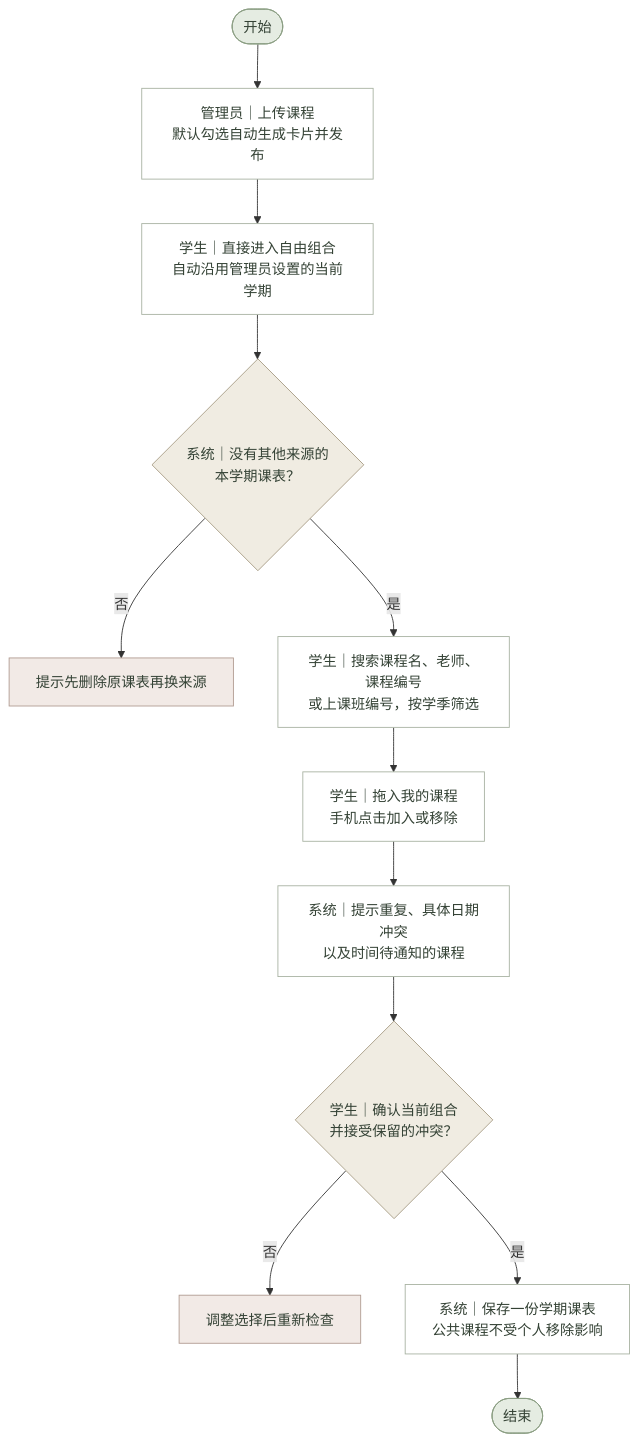
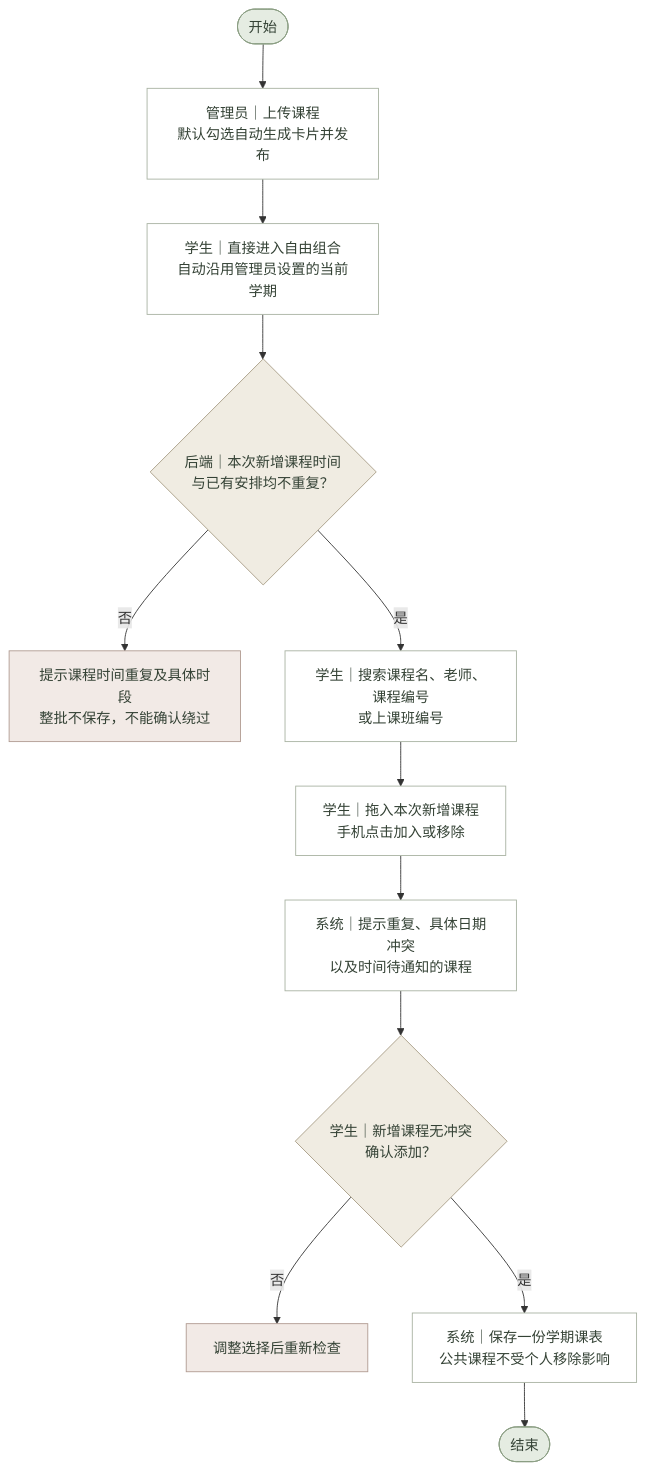
The diagram in 需求文档/课表功能/流程图源文件/业务流程图/课程卡片自由组合.mmd (lichen-lc123/class-assistant), drawn with Mermaid before and after one commit. The commit also changed 101 other files, not shown here.

```diff
--- a/需求文档/课表功能/流程图源文件/业务流程图/课程卡片自由组合.mmd
+++ b/需求文档/课表功能/流程图源文件/业务流程图/课程卡片自由组合.mmd
@@ -1,42 +1,42 @@
 %% 课程卡片自由组合 · 业务流程图 · V1.0 · 2026-11-02
 flowchart TD
     N0(["开始"])
     N1["管理员｜上传课程<br/>默认勾选自动生成卡片并发布"]
     N2["学生｜直接进入自由组合<br/>自动沿用管理员设置的当前学期"]
-    N3{"系统｜没有其他来源的<br/>本学期课表？"}
-    B3["提示先删除原课表再换来源"]
-    N4["学生｜搜索课程名、老师、课程编号<br/>或上课班编号，按学季筛选"]
-    N5["学生｜拖入我的课程<br/>手机点击加入或移除"]
+    N3{"后端｜本次新增课程时间<br/>与已有安排均不重复？"}
+    B3["提示课程时间重复及具体时段<br/>整批不保存，不能确认绕过"]
+    N4["学生｜搜索课程名、老师、课程编号<br/>或上课班编号"]
+    N5["学生｜拖入本次新增课程<br/>手机点击加入或移除"]
     N6["系统｜提示重复、具体日期冲突<br/>以及时间待通知的课程"]
-    N7{"学生｜确认当前组合<br/>并接受保留的冲突？"}
+    N7{"学生｜新增课程无冲突<br/>确认添加？"}
     B7["调整选择后重新检查"]
     N8["系统｜保存一份学期课表<br/>公共课程不受个人移除影响"]
     N9(["结束"])
     N0 --> N1
     N1 --> N2
     N2 --> N3
     N3 -->|否| B3
     N3 -->|是| N4
     N4 --> N5
     N5 --> N6
     N6 --> N7
     N7 -->|否| B7
     N7 -->|是| N8
     N8 --> N9
     classDef normal fill:#FFFFFF,stroke:#A8B2A2,color:#344235;
     classDef decision fill:#F0ECE2,stroke:#A69B83,color:#344235;
     classDef terminal fill:#E5ECE2,stroke:#8A9D82,color:#344235;
     classDef exception fill:#F2EAE6,stroke:#B09B91,color:#344235;
     classDef database fill:#E7EDF0,stroke:#8A9CA6,color:#344235;
     class N0 terminal;
     class N1 normal;
     class N2 normal;
     class N3 decision;
     class B3 exception;
     class N4 normal;
     class N5 normal;
     class N6 normal;
     class N7 decision;
     class B7 exception;
     class N8 normal;
     class N9 terminal;
```
